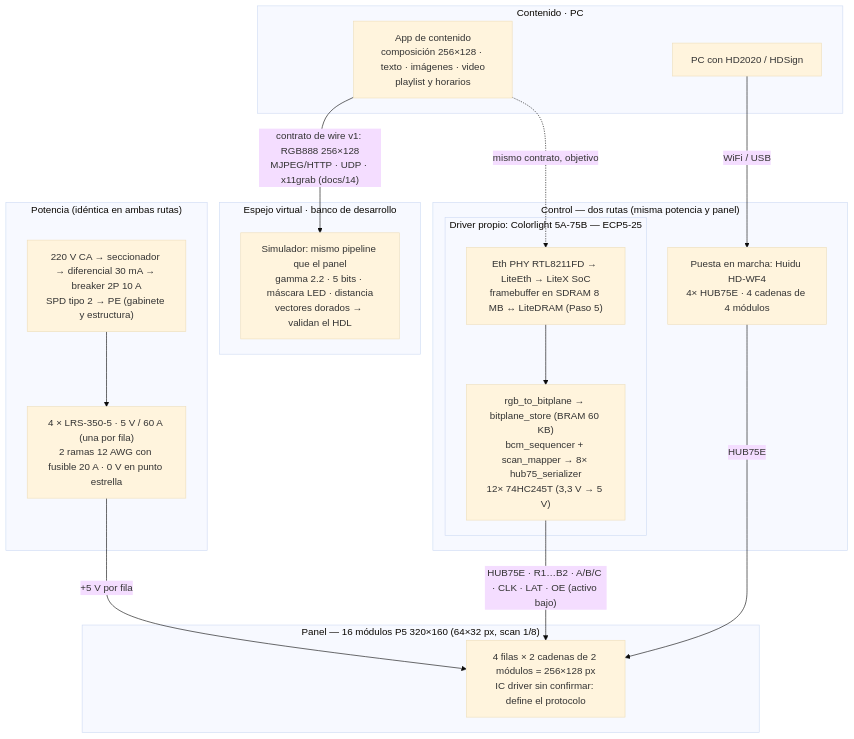
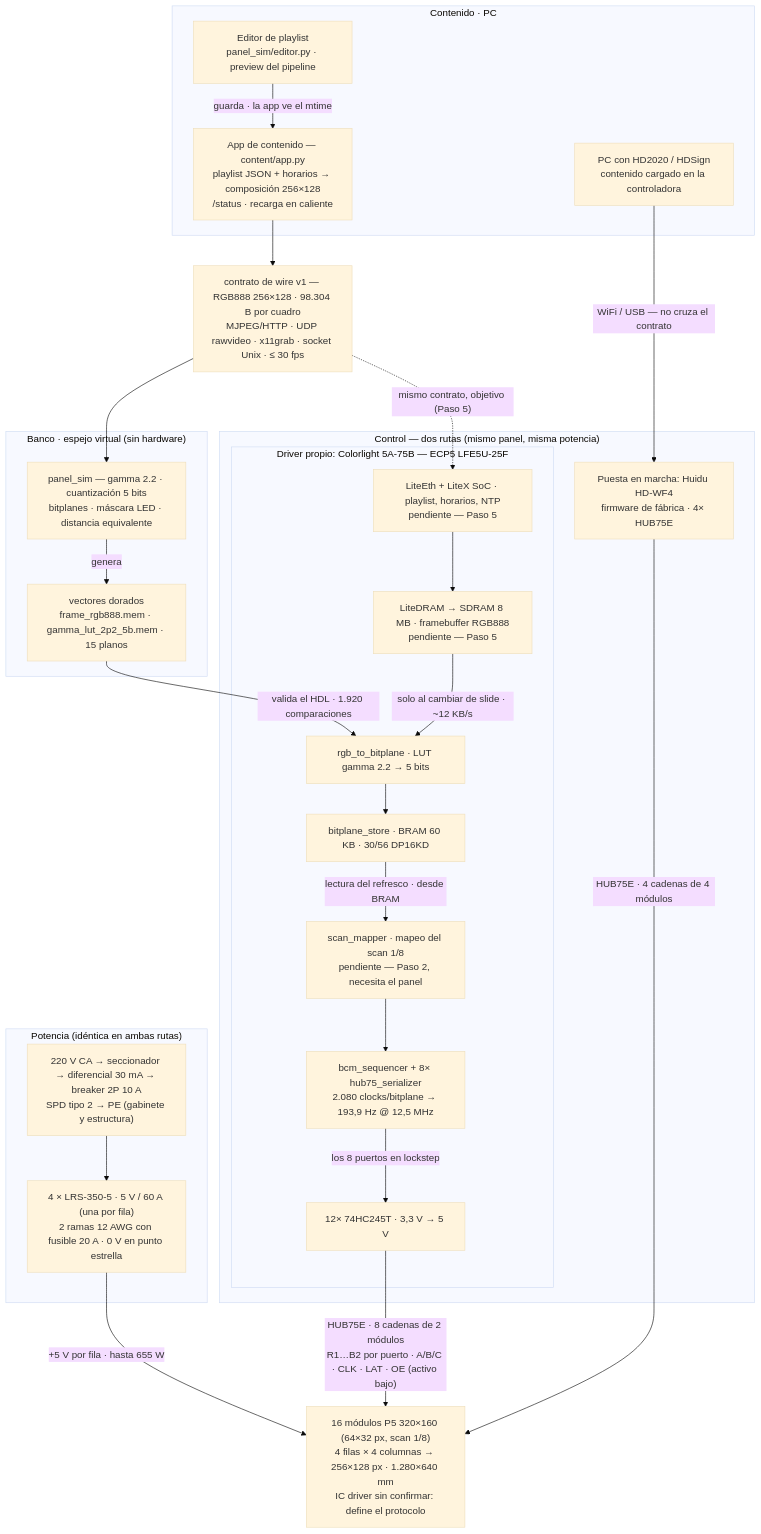
Before and after one commit to mwfigueroa/Electronic_Billboard: the first of 3 diagrams in docs/16_cadena_completa.md, drawn with Mermaid (base theme). The commit also changed other lines of this file, not shown here.

Commit message:
docs(16): vista de sistema con el contrato y el camino del FPGA desplegado
El diagrama tenía el contrato de wire como etiqueta de una flecha y todo el
driver metido en una sola caja "Camino". Ahora:

- el contrato es un nodo propio, así se ve que la app y el panel virtual
  cuelgan de él y que HD2020 no lo cruza;
- el camino del FPGA queda abierto en sus bloques reales, con lo que el
  scan_mapper se ve como el hueco en medio de la cadena de refresco;
- las aristas llevan el mecanismo y no solo la conexión: ~12 KB/s solo al
  cambiar de slide contra la lectura del refresco desde BRAM, que es lo que
  justifica la plataforma;
- aparece vectores dorados -> valida el HDL, la relación que sostiene todo
  lo que se pudo hacer sin hardware;
- entra el editor, con el lazo guarda -> mtime -> app.

La tabla de estado además daba la app de contenido como "por desarrollar":
existe desde 56eaf01 y b590dc9.

Sin classDef ni stroke-dasharray: ningún otro diagrama del repo usa estilos
y los bloques pendientes lo dicen en su etiqueta, que se lee también en el
markdown crudo.

````diff
--- a/docs/16_cadena_completa.md
+++ b/docs/16_cadena_completa.md
@@ -14,37 +14,53 @@
 ```mermaid
 flowchart TB
     subgraph Contenido["Contenido · PC"]
-        App["App de contenido<br/>composición 256×128 · texto · imágenes · video<br/>playlist y horarios"]
-        HD2020["PC con HD2020 / HDSign"]
+        Editor["Editor de playlist<br/>panel_sim/editor.py · preview del pipeline"]
+        App["App de contenido — content/app.py<br/>playlist JSON + horarios → composición 256×128<br/>/status · recarga en caliente"]
+        HD2020["PC con HD2020 / HDSign<br/>contenido cargado en la controladora"]
     end
 
-    subgraph Banco["Espejo virtual · banco de desarrollo"]
-        PanelVirtual["Simulador: mismo pipeline que el panel<br/>gamma 2.2 · 5 bits · máscara LED · distancia<br/>vectores dorados → validan el HDL"]
+    Wire["contrato de wire v1 — RGB888 256×128 · 98.304 B por cuadro<br/>MJPEG/HTTP · UDP rawvideo · x11grab · socket Unix · ≤ 30 fps"]
+
+    subgraph Banco["Banco · espejo virtual (sin hardware)"]
+        Sim["panel_sim — gamma 2.2 · cuantización 5 bits<br/>bitplanes · máscara LED · distancia equivalente"]
+        Vec["vectores dorados<br/>frame_rgb888.mem · gamma_lut_2p2_5b.mem · 15 planos"]
     end
 
-    subgraph Control["Control — dos rutas (misma potencia y panel)"]
-        Huidu["Puesta en marcha: Huidu HD-WF4<br/>4× HUB75E · 4 cadenas de 4 módulos"]
-        subgraph FPGA["Driver propio: Colorlight 5A-75B — ECP5-25"]
-            SoC["Eth PHY RTL8211FD → LiteEth → LiteX SoC<br/>framebuffer en SDRAM 8 MB ↔ LiteDRAM (Paso 5)"]
-            Camino["rgb_to_bitplane → bitplane_store (BRAM 60 KB)<br/>bcm_sequencer + scan_mapper → 8× hub75_serializer<br/>12× 74HC245T (3,3 V → 5 V)"]
+    subgraph Control["Control — dos rutas (mismo panel, misma potencia)"]
+        Huidu["Puesta en marcha: Huidu HD-WF4<br/>firmware de fábrica · 4× HUB75E"]
+        subgraph FPGA["Driver propio: Colorlight 5A-75B — ECP5 LFE5U-25F"]
+            SoC["LiteEth + LiteX SoC · playlist, horarios, NTP<br/>pendiente — Paso 5"]
+            DRAM["LiteDRAM → SDRAM 8 MB · framebuffer RGB888<br/>pendiente — Paso 5"]
+            Conv["rgb_to_bitplane · LUT gamma 2.2 → 5 bits"]
+            Store["bitplane_store · BRAM 60 KB · 30/56 DP16KD"]
+            Map["scan_mapper · mapeo del scan 1/8<br/>pendiente — Paso 2, necesita el panel"]
+            Seq["bcm_sequencer + 8× hub75_serializer<br/>2.080 clocks/bitplane → 193,9 Hz @ 12,5 MHz"]
+            Buf["12× 74HC245T · 3,3 V → 5 V"]
         end
     end
 
-    subgraph Panel["Panel — 16 módulos P5 320×160 (64×32 px, scan 1/8)"]
-        Modulos["4 filas × 2 cadenas de 2 módulos = 256×128 px<br/>IC driver sin confirmar: define el protocolo"]
-    end
+    Panel["16 módulos P5 320×160 (64×32 px, scan 1/8)<br/>4 filas × 4 columnas → 256×128 px · 1.280×640 mm<br/>IC driver sin confirmar: define el protocolo"]
 
     subgraph Potencia["Potencia (idéntica en ambas rutas)"]
         AC["220 V CA → seccionador → diferencial 30 mA → breaker 2P 10 A<br/>SPD tipo 2 → PE (gabinete y estructura)"]
         PSU["4 × LRS-350-5 · 5 V / 60 A (una por fila)<br/>2 ramas 12 AWG con fusible 20 A · 0 V en punto estrella"]
     end
 
-    App -->|"contrato de wire v1: RGB888 256×128<br/>MJPEG/HTTP · UDP · x11grab (docs/14)"| PanelVirtual
-    App -.->|"mismo contrato, objetivo"| SoC
-    HD2020 -->|"WiFi / USB"| Huidu
-    SoC --> Camino
-    Camino -->|"HUB75E · R1…B2 · A/B/C · CLK · LAT · OE (activo bajo)"| Modulos
-    Huidu -->|"HUB75E"| Modulos
+    Editor -->|"guarda · la app ve el mtime"| App
+    App --> Wire
+    HD2020 -->|"WiFi / USB — no cruza el contrato"| Huidu
+    Wire --> Sim
+    Wire -.->|"mismo contrato, objetivo (Paso 5)"| SoC
+    Sim -->|"genera"| Vec
+    Vec -->|"valida el HDL · 1.920 comparaciones"| Conv
+    SoC --> DRAM
+    DRAM -->|"solo al cambiar de slide · ~12 KB/s"| Conv
+    Conv --> Store
+    Store -->|"lectura del refresco · desde BRAM"| Map
+    Map --> Seq
+    Seq -->|"los 8 puertos en lockstep"| Buf
+    Huidu -->|"HUB75E · 4 cadenas de 4 módulos"| Panel
+    Buf -->|"HUB75E · 8 cadenas de 2 módulos<br/>R1…B2 por puerto · A/B/C · CLK · LAT · OE (activo bajo)"| Panel
     AC --> PSU
-    PSU -->|"+5 V por fila"| Modulos
+    PSU -->|"+5 V por fila · hasta 655 W"| Panel
 ```
````
